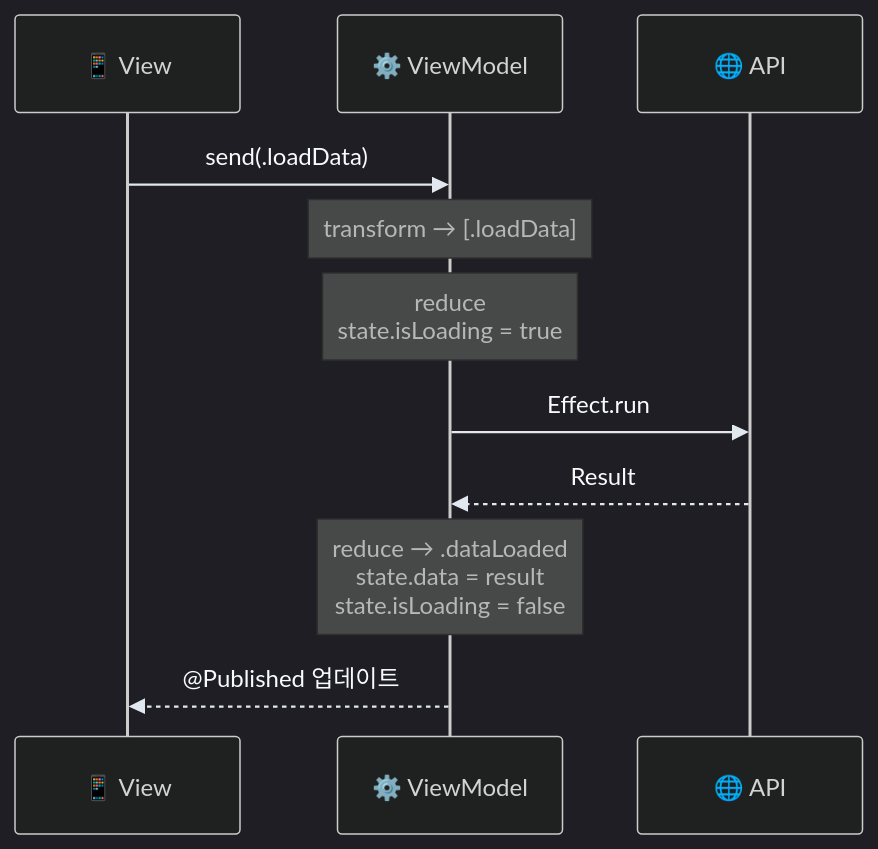
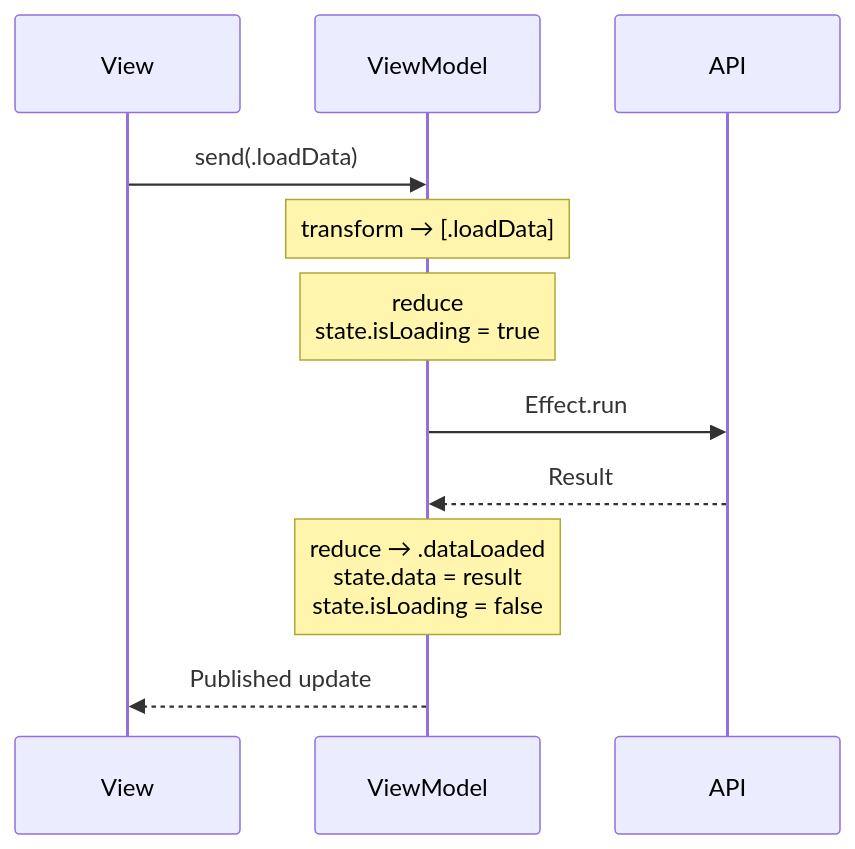
One commit to Jimmy-Jung/AsyncViewModel changed the second of 2 diagrams in README.md. Above: the diagram before and after it, drawn with Mermaid. The commit also changed other lines of this file, not shown here.

Commit message:
docs: fix Mermaid diagram syntax errors
- Remove emoji characters causing parse errors
- Simplify flowchart and sequence diagram
- Remove custom theme variables for better compatibility

````diff
--- a/README.md
+++ b/README.md
@@ -312,15 +311,14 @@
 ```mermaid
-%%{init: {'theme': 'dark', 'themeVariables': {'signalColor': '#e2e8f0', 'signalTextColor': '#f8fafc'}}}%%
 sequenceDiagram
-    participant V as 📱 View
-    participant VM as ⚙️ ViewModel
-    participant API as 🌐 API
+    participant V as View
+    participant VM as ViewModel
+    participant API as API
     
     V->>VM: send(.loadData)
     Note over VM: transform → [.loadData]
     Note over VM: reduce<br/>state.isLoading = true
     VM->>API: Effect.run
     API-->>VM: Result
     Note over VM: reduce → .dataLoaded<br/>state.data = result<br/>state.isLoading = false
-    VM-->>V: @Published 업데이트
+    VM-->>V: Published update
 ```
````
